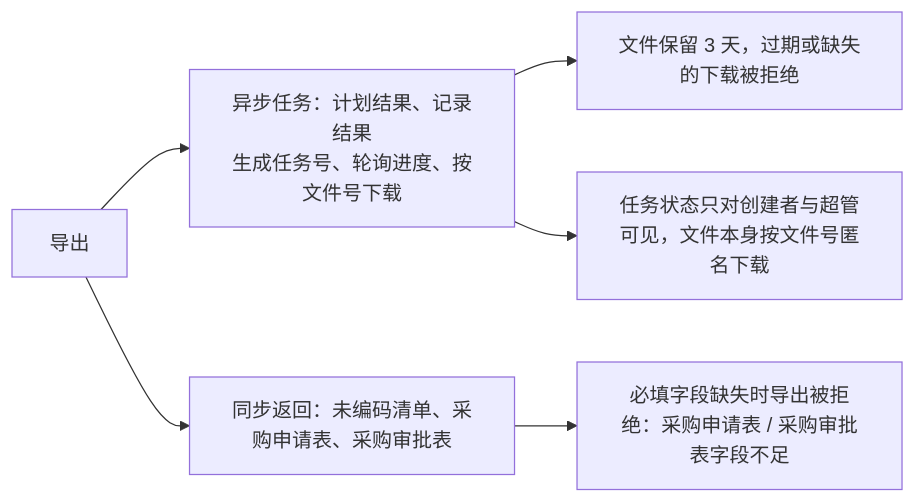
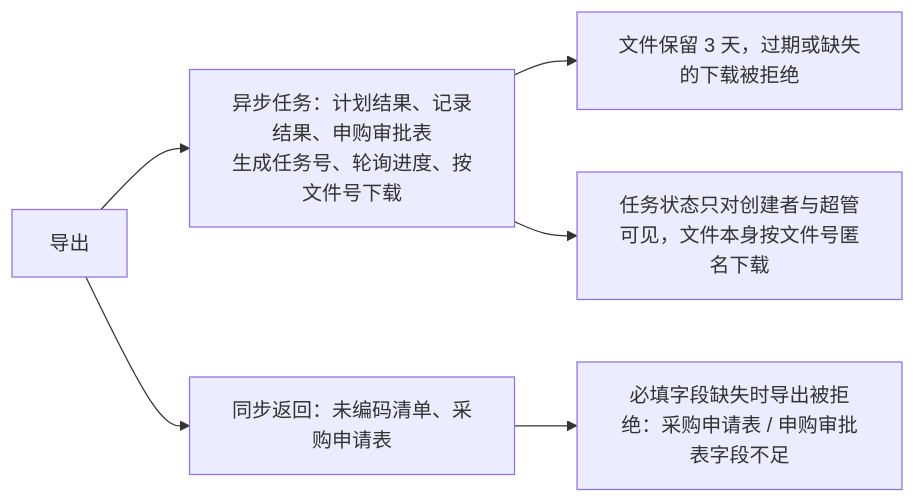
One commit to Sakana-1314/Electrical-Manager changed diagram 15 of 24 in docs/websites/pages/dev-state-machines.md. Above: the diagram before and after it, drawn with Mermaid. The commit also changed 7 other files, not shown here.

````diff
--- a/docs/websites/pages/dev-state-machines.md
+++ b/docs/websites/pages/dev-state-machines.md
@@ -270,8 +270,8 @@
 ```mermaid
 flowchart LR
-    A["导出"] --> B["异步任务：计划结果、记录结果<br/>生成任务号、轮询进度、按文件号下载"]
-    A --> C["同步返回：未编码清单、采购申请表、采购审批表"]
-    C --> D["必填字段缺失时导出被拒绝：采购申请表 / 采购审批表字段不足"]
+    A["导出"] --> B["异步任务：计划结果、记录结果、申购审批表<br/>生成任务号、轮询进度、按文件号下载"]
+    A --> C["同步返回：未编码清单、采购申请表"]
+    C --> D["必填字段缺失时导出被拒绝：采购申请表 / 申购审批表字段不足"]
     B --> E["文件保留 3 天，过期或缺失的下载被拒绝"]
     B --> F["任务状态只对创建者与超管可见，文件本身按文件号匿名下载"]
 ```
````
